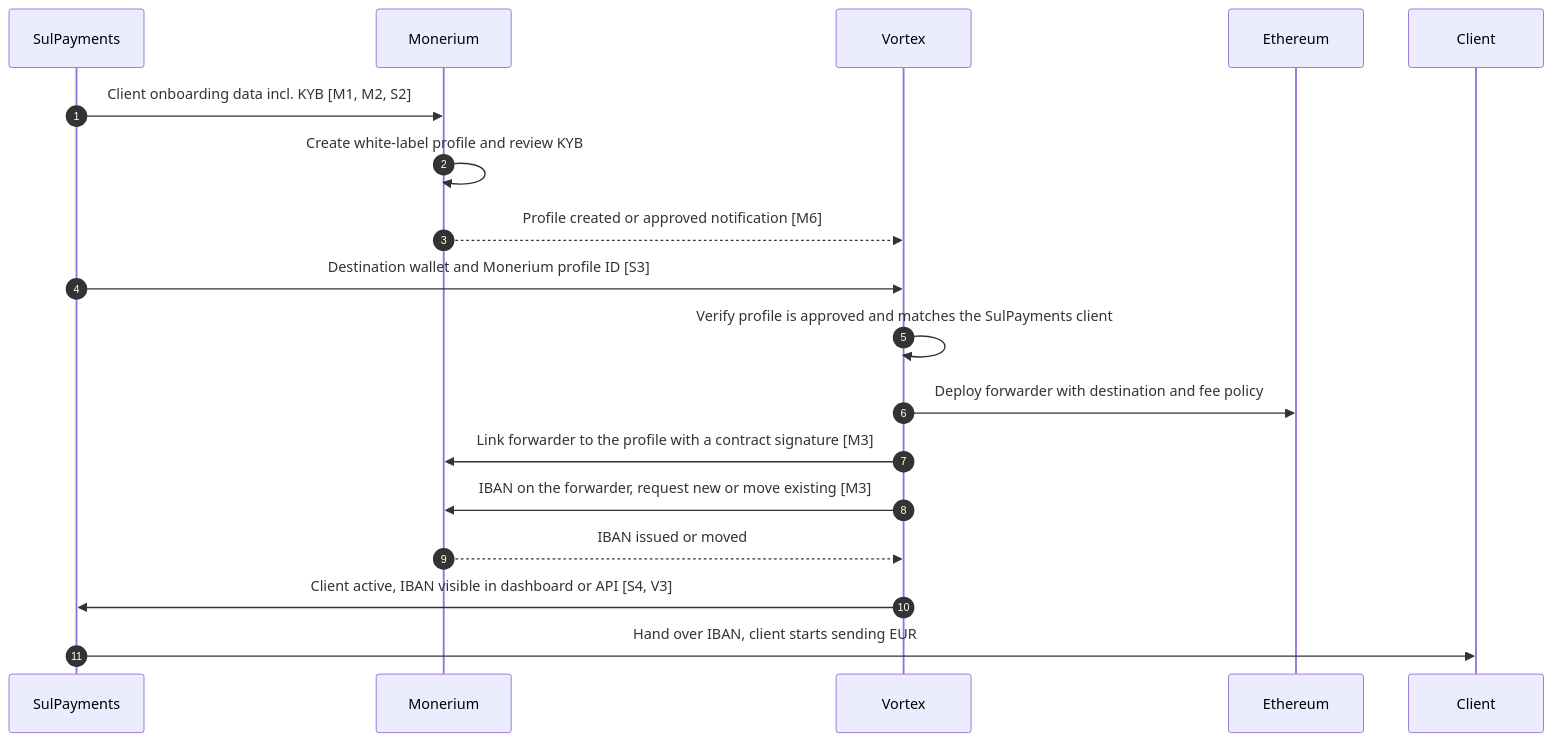
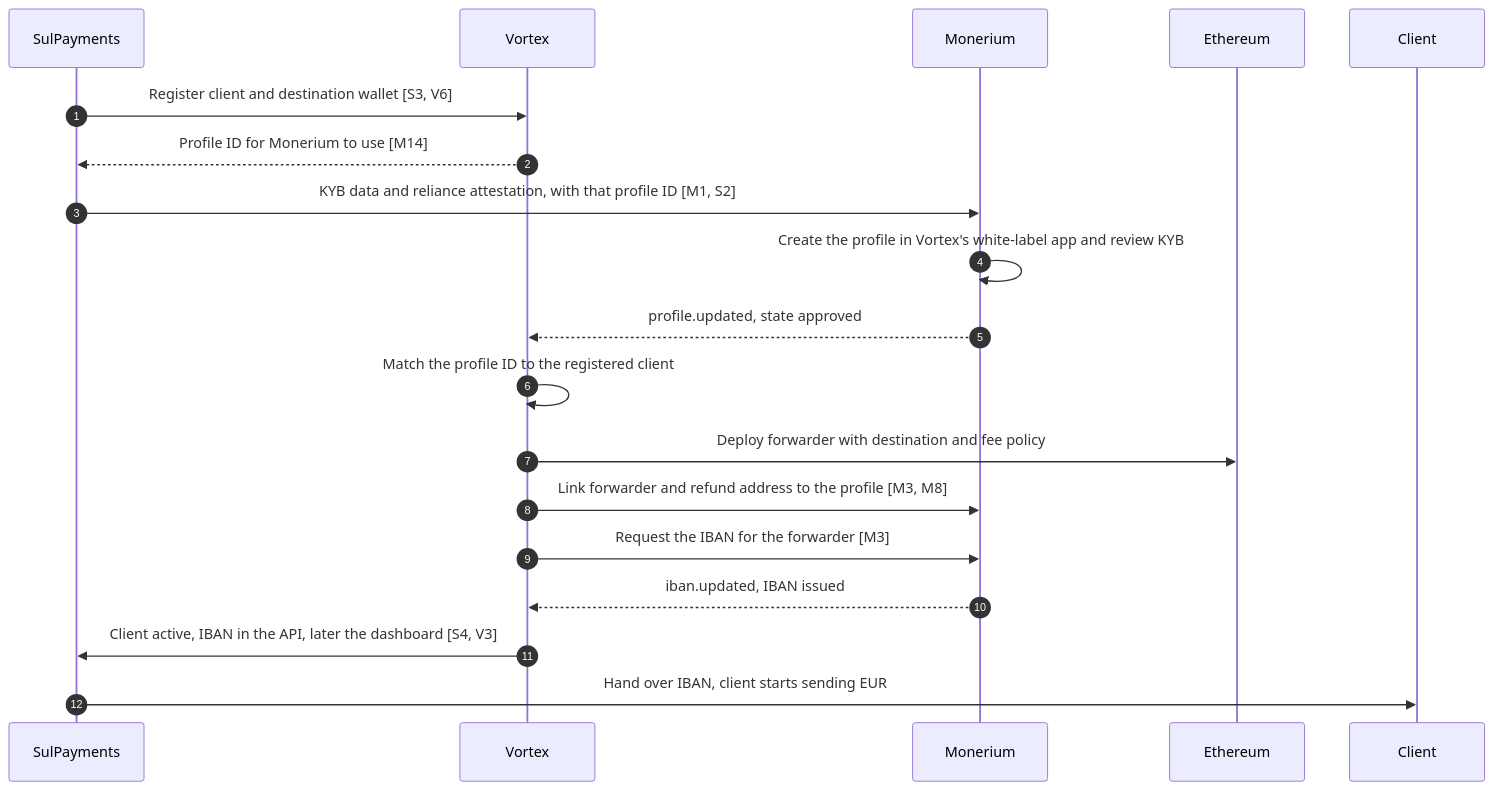
Before and after one commit to pendulum-chain/vortex: the second of 6 diagrams in docs/product-monerium-b2b-flow.md, drawn with Mermaid. The commit also changed other lines of this file, not shown here.

First line of the commit message:
docs(repo): answer Monerium flow questions and propose per-client refund addresses

````diff
--- a/docs/product-monerium-b2b-flow.md
+++ b/docs/product-monerium-b2b-flow.md
@@ -112,21 +119,22 @@
 ```mermaid
 sequenceDiagram
     autonumber
     participant SP as SulPayments
+    participant V as Vortex
     participant M as Monerium
-    participant V as Vortex
     participant C as Ethereum
     participant CL as Client
 
-    SP->>M: Client onboarding data incl. KYB [M1, M2, S2]
-    M->>M: Create white-label profile and review KYB
-    M-->>V: Profile created or approved notification [M6]
-    SP->>V: Destination wallet and Monerium profile ID [S3]
-    V->>V: Verify profile is approved and matches the SulPayments client
+    SP->>V: Register client and destination wallet [S3, V6]
+    V-->>SP: Profile ID for Monerium to use [M14]
+    SP->>M: KYB data and reliance attestation, with that profile ID [M1, S2]
+    M->>M: Create the profile in Vortex's white-label app and review KYB
+    M-->>V: profile.updated, state approved
+    V->>V: Match the profile ID to the registered client
     V->>C: Deploy forwarder with destination and fee policy
-    V->>M: Link forwarder to the profile with a contract signature [M3]
-    V->>M: IBAN on the forwarder, request new or move existing [M3]
-    M-->>V: IBAN issued or moved
-    V->>SP: Client active, IBAN visible in dashboard or API [S4, V3]
+    V->>M: Link forwarder and refund address to the profile [M3, M8]
+    V->>M: Request the IBAN for the forwarder [M3]
+    M-->>V: iban.updated, IBAN issued
+    V->>SP: Client active, IBAN in the API, later the dashboard [S4, V3]
     SP->>CL: Hand over IBAN, client starts sending EUR
 ```
````
